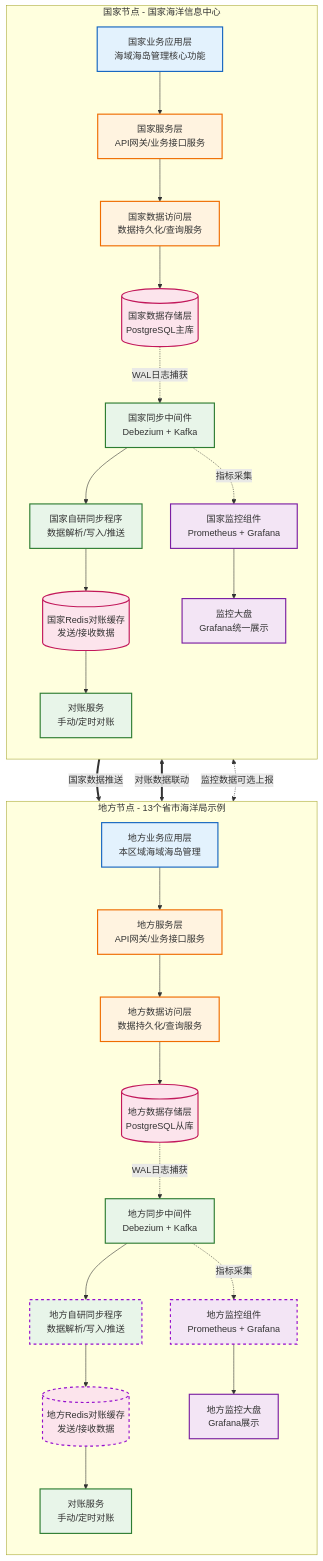
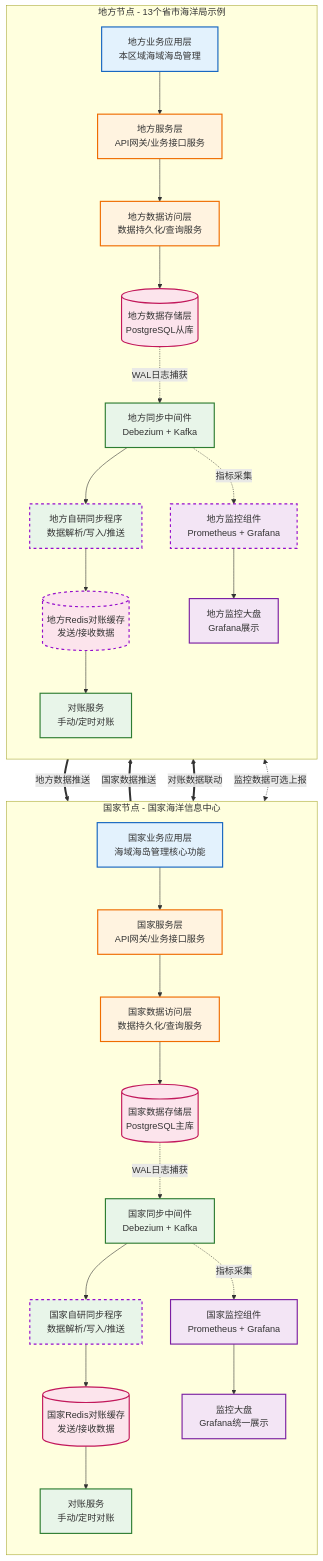
Before and after one commit to MyJohn2/iodraw-files: the diagram in all/未命名-1.md, drawn with Mermaid.

Commit message:
2026-03-03 18:48:50 update

````diff
--- a/all/未命名-1.md
+++ b/all/未命名-1.md
@@ -1,70 +1,71 @@
 ```mermaid
 flowchart TD
     %% 定义样式
     classDef app fill:#e3f2fd,stroke:#1565c0,stroke-width:2px;
     classDef service fill:#fff3e0,stroke:#ef6c00,stroke-width:2px;
     classDef data fill:#fce4ec,stroke:#c2185b,stroke-width:2px;
     classDef sync fill:#e8f5e9,stroke:#2e7d32,stroke-width:2px;
     classDef monitor fill:#f3e5f5,stroke:#7b1fa2,stroke-width:2px;
     classDef linkLine stroke:#950DCD,stroke-width:2px,stroke-dasharray: 5 5;
 
     %% 国家节点 - 修复了标题括号问题
     subgraph NationNode [国家节点 - 国家海洋信息中心]
         direction TB
         A1[国家业务应用层<br/>海域海岛管理核心功能]:::app
         B1[国家服务层<br/>API网关/业务接口服务]:::service
         C1[国家数据访问层<br/>数据持久化/查询服务]:::service
         D1[(国家数据存储层<br/>PostgreSQL主库)]:::data
         E1[国家同步中间件<br/>Debezium + Kafka]:::sync
         F1[国家自研同步程序<br/>数据解析/写入/推送]:::sync
         G1[(国家Redis对账缓存<br/>发送/接收数据)]:::data
         H1[国家监控组件<br/>Prometheus + Grafana]:::monitor
         I1[对账服务<br/>手动/定时对账]:::sync
         J1[监控大盘<br/>Grafana统一展示]:::monitor
 
         A1 --> B1
         B1 --> C1
         C1 --> D1
         D1 -.->|WAL日志捕获 | E1
         E1 --> F1
         F1 --> G1
         E1 -.->|指标采集 | H1
         G1 --> I1
         H1 --> J1
     end
     
     %% 地方节点 - 修复了标题括号问题
     subgraph LocalNode [地方节点 - 13个省市海洋局示例]
         direction TB
         A2[地方业务应用层<br/>本区域海域海岛管理]:::app
         B2[地方服务层<br/>API网关/业务接口服务]:::service
         C2[地方数据访问层<br/>数据持久化/查询服务]:::service
         D2[(地方数据存储层<br/>PostgreSQL从库)]:::data
         E2[地方同步中间件<br/>Debezium + Kafka]:::sync
         F2[地方自研同步程序<br/>数据解析/写入/推送]:::sync
         G2[(地方Redis对账缓存<br/>发送/接收数据)]:::data
         H2[地方监控组件<br/>Prometheus + Grafana]:::monitor
         I2[对账服务<br/>手动/定时对账]:::sync
         J2[地方监控大盘<br/>Grafana展示]:::monitor
 
         A2 --> B2
         B2 --> C2
         C2 --> D2
         D2 -.->|WAL日志捕获 | E2
         E2 --> F2
         F2 --> G2
         E2 -.->|指标采集 | H2
         G2 --> I2
         H2 --> J2
     end
     
     %% 跨节点交互
+    E2 ==>|地方数据推送 | F1:::linkLine
     E1 ==>|国家数据推送 | F2:::linkLine
     G1 <==>|对账数据联动 | G2:::linkLine
     H1 <-.->|监控数据可选上报 | H2:::linkLine
     
 
 
 
 
 ```
````
